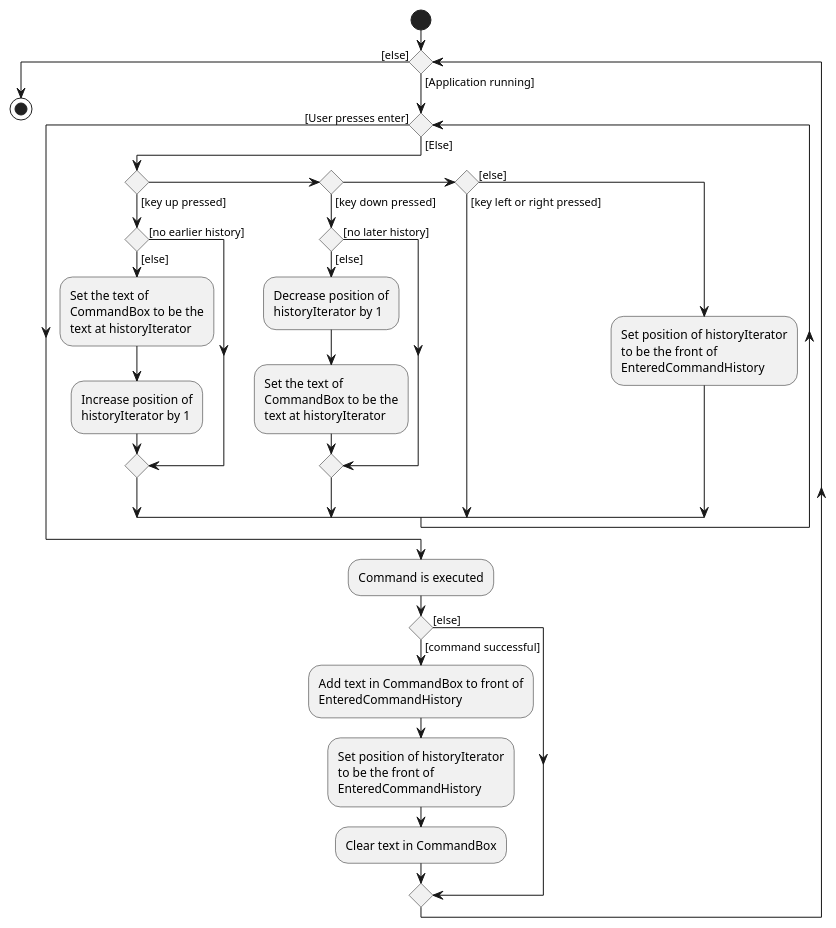
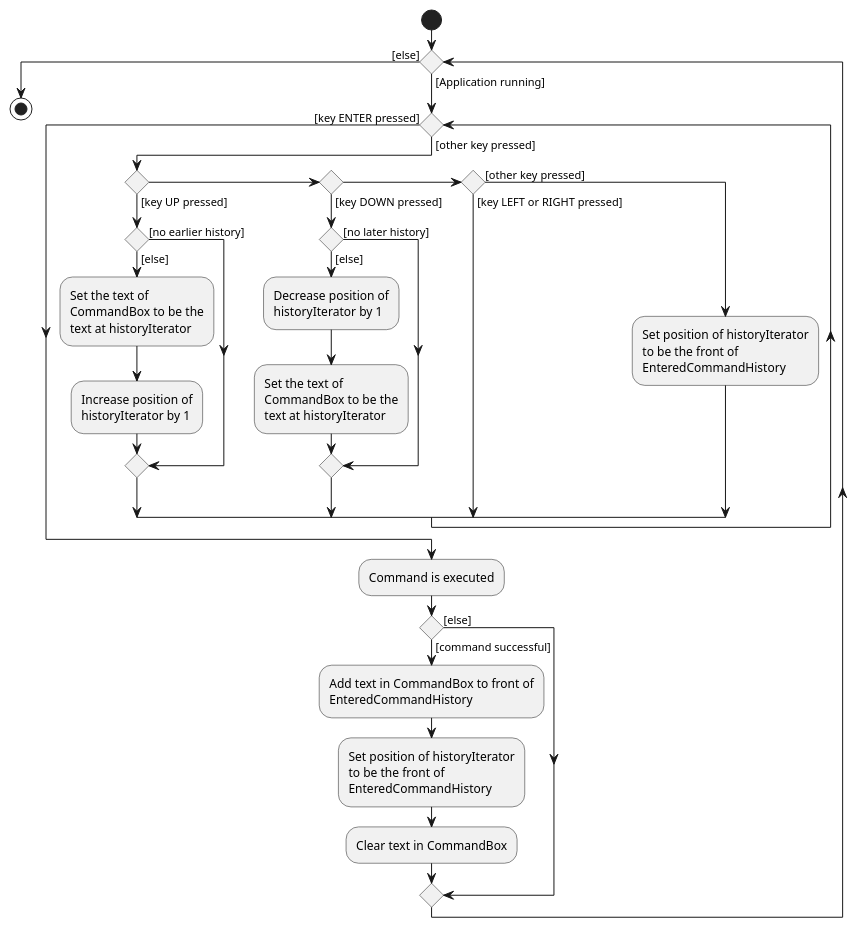
One commit to wxwxwxwx9/main changed the diagram in docs/diagrams/CommandHistoryActivityDiagram.puml. Above: the diagram before and after it, drawn with PlantUML. The commit also changed 1 other file, not shown here.

Commit message:
update uml commandhistoryactivity

```diff
--- a/docs/diagrams/CommandHistoryActivityDiagram.puml
+++ b/docs/diagrams/CommandHistoryActivityDiagram.puml
@@ -1,46 +1,46 @@
 @startuml
 start
 
 while () is ([Application running])
 
-    while () is ([Else])
-        if () then ([key up pressed])
+    while () is ([other key pressed])
+        if () then ([key UP pressed])
             if () then ([no earlier history])
             else ([else])
                 :Set the text of
                 CommandBox to be the
                 text at historyIterator;
                 :Increase position of
                 historyIterator by 1;
             endif
 
-        else if () then ([key down pressed])
+        else if () then ([key DOWN pressed])
             if () then ([no later history])
             else ([else])
                 :Decrease position of
                 historyIterator by 1;
                 :Set the text of
                 CommandBox to be the
                 text at historyIterator;
             endif
-        else if () then ([key left or right pressed])
-        else ([else])
+        else if () then ([key LEFT or RIGHT pressed])
+        else ([other key pressed])
             :Set position of historyIterator
             to be the front of
             EnteredCommandHistory;
         endif
-    endwhile ([User presses enter])
+    endwhile ([key ENTER pressed])
 
   :Command is executed;
   if () then ([command successful])
       :Add text in CommandBox to front of
       EnteredCommandHistory;
       :Set position of historyIterator
       to be the front of
       EnteredCommandHistory;
       :Clear text in CommandBox;
   else ([else])
   endif
 endwhile ([else])
 stop
 @enduml
```
